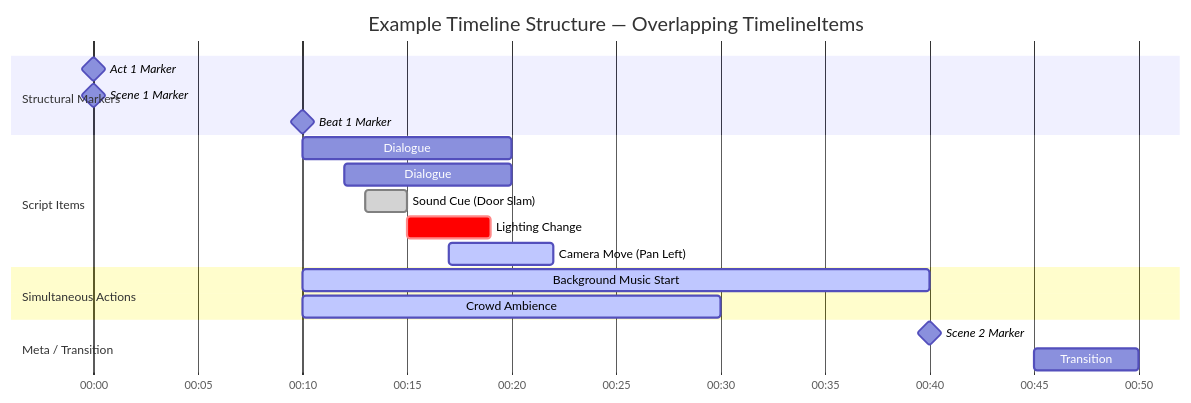
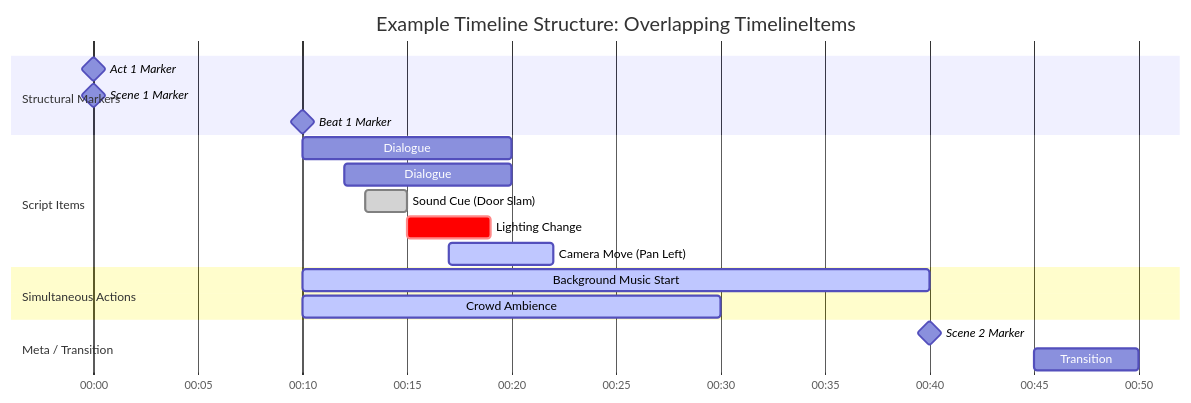
Before and after one commit to leegee/script-editor-linear: the third of 3 diagrams in README.md, drawn with Mermaid. The commit also changed other lines of this file, not shown here.

````diff
--- a/README.md
+++ b/README.md
@@ -244,26 +244,26 @@
 ```mermaid
 gantt
     dateFormat  mm:ss
     axisFormat  %M:%S
-    title Example Timeline Structure — Overlapping TimelineItems
+    title Example Timeline Structure:  Overlapping TimelineItems
 
     section Structural Markers
     Act 1 Marker           :milestone, 00:00, 0s
     Scene 1 Marker         :milestone, 00:00, 0s
     Beat 1 Marker          :milestone, 00:10, 0s
 
     section Script Items
     Dialogue: Character A   :active, 00:10, 10s
     Dialogue: Character B   :active, 00:12, 8s
     Sound Cue (Door Slam)   :done,   00:13, 2s
     Lighting Change         :crit,   00:15, 4s
     Camera Move (Pan Left)  :active, 00:17, 5s
 
     section Simultaneous Actions
     Background Music Start  :active, 00:10, 30s
     Crowd Ambience          :active, 00:10, 20s
 
     section Meta / Transition
     Scene 2 Marker          :milestone, 00:40, 0s
     Transition: Fade Out    :done, 00:45, 5s
 ```
````
